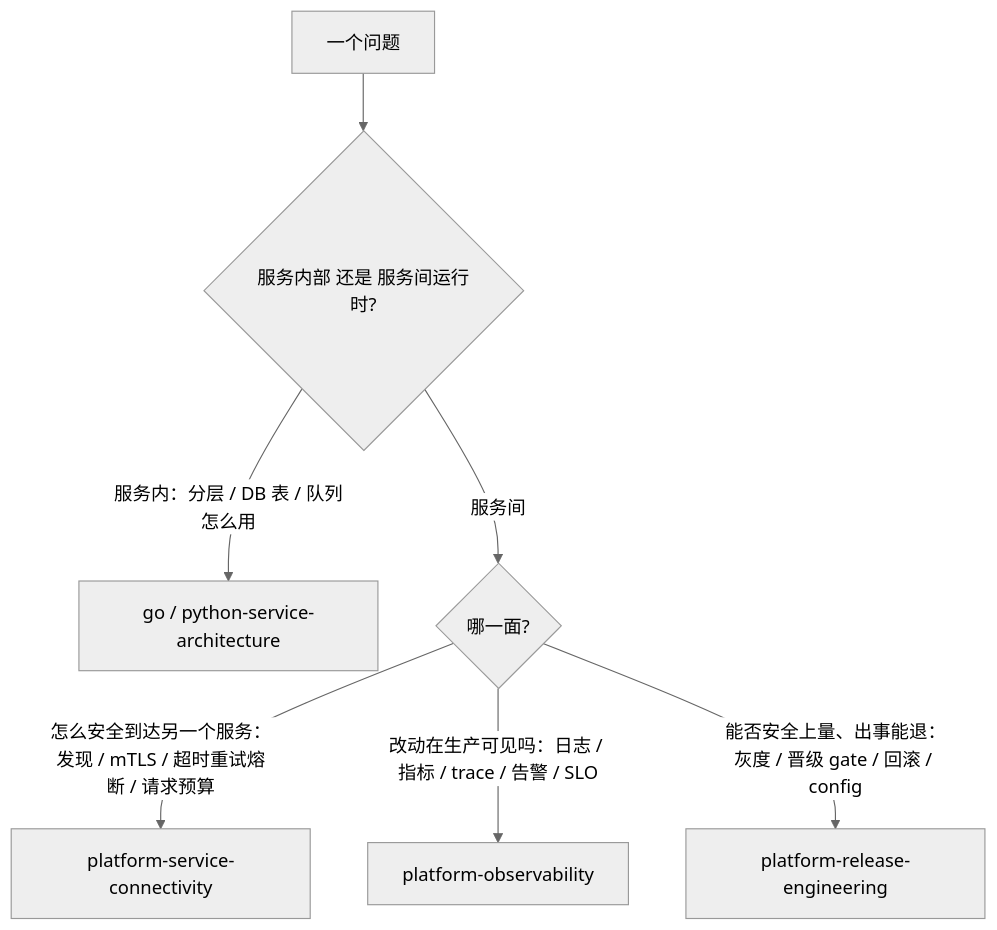
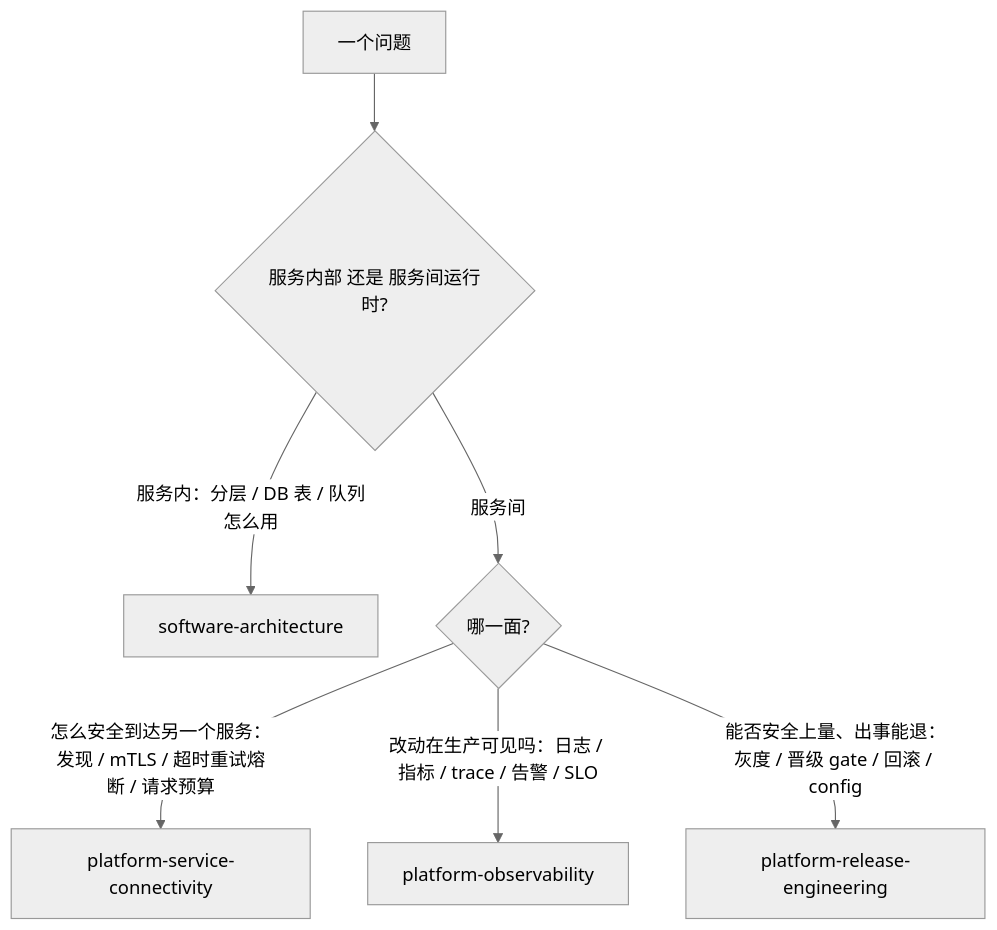
One commit to ccoalm/ccl-skills changed the first of 2 diagrams in docs/platform-infra-handbook.md. Above: the diagram before and after it, drawn with Mermaid (neutral theme). The commit also changed 168 other files, not shown here.

First line of the commit message:
Merge the Go and Python architecture skills into software-architecture

````diff
--- a/docs/platform-infra-handbook.md
+++ b/docs/platform-infra-handbook.md
@@ -27,9 +27,9 @@
 ```mermaid
 flowchart TD
   Q["一个问题"] --> D{"服务内部 还是 服务间运行时?"}
-  D -->|"服务内：分层 / DB 表 / 队列怎么用"| ARCH["go / python-service-architecture"]
+  D -->|"服务内：分层 / DB 表 / 队列怎么用"| ARCH["software-architecture"]
   D -->|"服务间"| W{"哪一面?"}
   W -->|"怎么安全到达另一个服务：发现 / mTLS / 超时重试熔断 / 请求预算"| CONN["platform-service-connectivity"]
   W -->|"改动在生产可见吗：日志 / 指标 / trace / 告警 / SLO"| OBS["platform-observability"]
   W -->|"能否安全上量、出事能退：灰度 / 晋级 gate / 回滚 / config"| REL["platform-release-engineering"]
 ```
````
